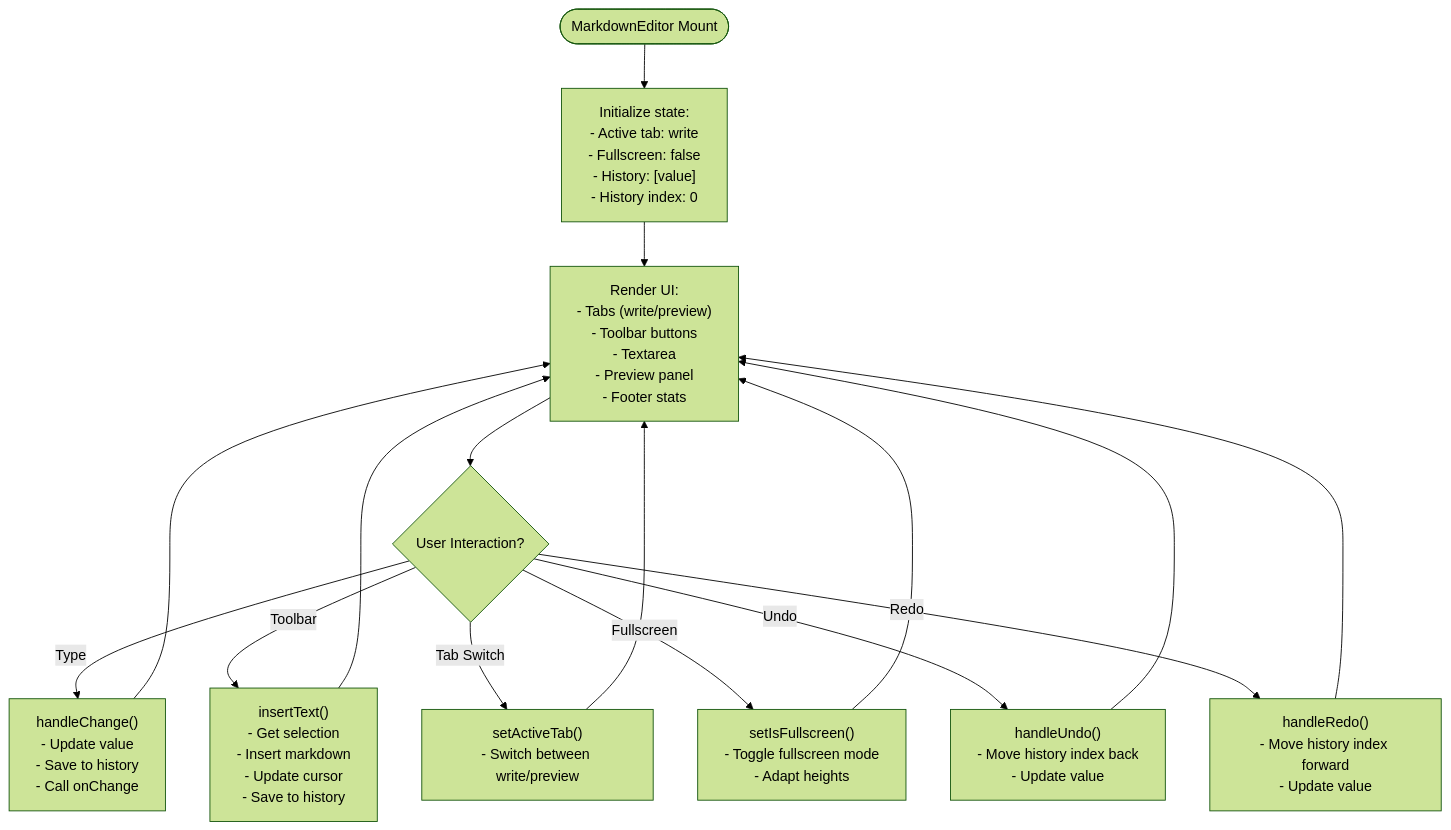
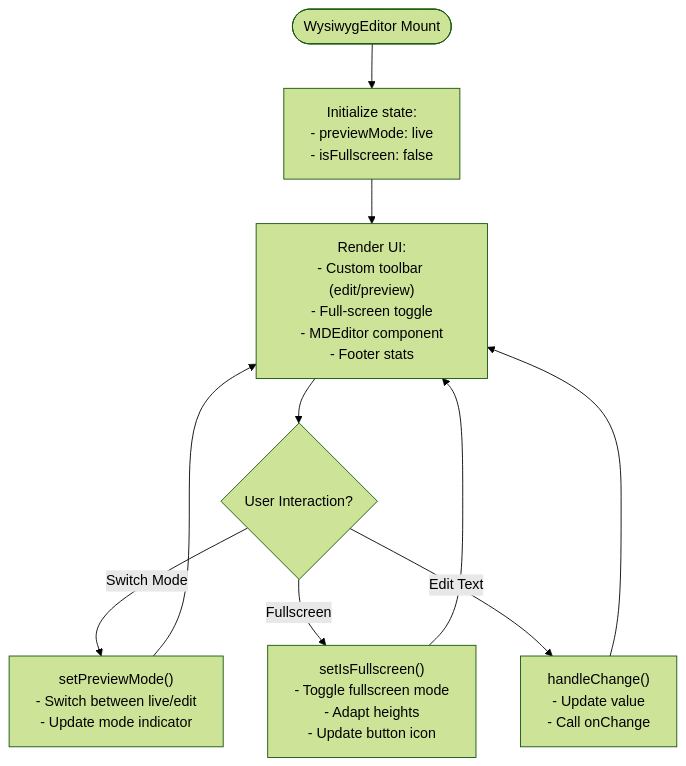
One commit to peixuanhu/goal-mate changed diagram 13 of 17 in .qoder/repowiki/en/content/UI Components/UI Components.md. Above: the diagram before and after it, drawn with Mermaid (forest theme). The commit also changed other lines of this file and 5 other files, not shown here.

First line of the commit message:
refactor(ui): replace MarkdownEditor with enhanced WysiwygEditor component

````diff
--- a/.qoder/repowiki/en/content/UI Components/UI Components.md
+++ b/.qoder/repowiki/en/content/UI Components/UI Components.md
@@ -607,18 +604,12 @@
 ```mermaid
 flowchart TD
-Start(["MarkdownEditor Mount"]) --> Init["Initialize state:<br/>- Active tab: write<br/>- Fullscreen: false<br/>- History: [value]<br/>- History index: 0"]
-Init --> Render["Render UI:<br/>- Tabs (write/preview)<br/>- Toolbar buttons<br/>- Textarea<br/>- Preview panel<br/>- Footer stats"]
+Start(["WysiwygEditor Mount"]) --> Init["Initialize state:<br/>- previewMode: live<br/>- isFullscreen: false"]
+Init --> Render["Render UI:<br/>- Custom toolbar (edit/preview)<br/>- Full-screen toggle<br/>- MDEditor component<br/>- Footer stats"]
 Render --> UserInput{"User Interaction?"}
-UserInput --> |Type| HandleChange["handleChange()<br/>- Update value<br/>- Save to history<br/>- Call onChange"]
-UserInput --> |Toolbar| InsertText["insertText()<br/>- Get selection<br/>- Insert markdown<br/>- Update cursor<br/>- Save to history"]
-UserInput --> |Tab Switch| SwitchTab["setActiveTab()<br/>- Switch between write/preview"]
-UserInput --> |Fullscreen| ToggleFullscreen["setIsFullscreen()<br/>- Toggle fullscreen mode<br/>- Adapt heights"]
-UserInput --> |Undo| HandleUndo["handleUndo()<br/>- Move history index back<br/>- Update value"]
-UserInput --> |Redo| HandleRedo["handleRedo()<br/>- Move history index forward<br/>- Update value"]
+UserInput --> |Switch Mode| SwitchMode["setPreviewMode()<br/>- Switch between live/edit<br/>- Update mode indicator"]
+UserInput --> |Fullscreen| ToggleFullscreen["setIsFullscreen()<br/>- Toggle fullscreen mode<br/>- Adapt heights<br/>- Update button icon"]
+UserInput --> |Edit Text| HandleChange["handleChange()<br/>- Update value<br/>- Call onChange"]
+SwitchMode --> Render
+ToggleFullscreen --> Render
 HandleChange --> Render
-InsertText --> Render
-SwitchTab --> Render
-ToggleFullscreen --> Render
-HandleUndo --> Render
-HandleRedo --> Render
 ```
````
